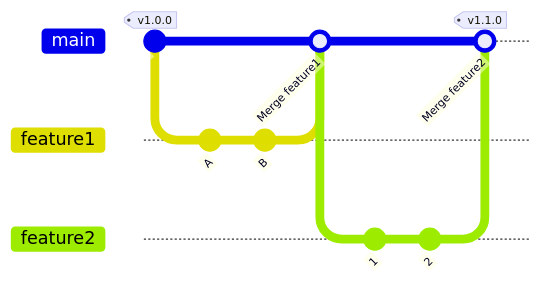
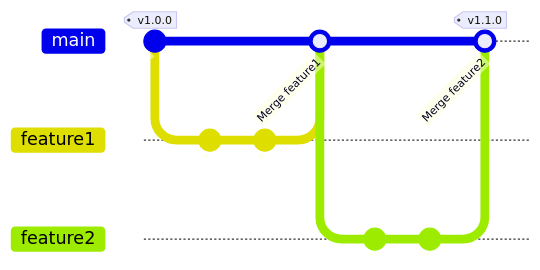
The second of 5 diagrams in README.md (louisrubet/simplest-git-branching-model), drawn with Mermaid before and after one commit. The commit also changed other lines of this file, not shown here.

````diff
--- a/README.md
+++ b/README.md
@@ -51,14 +51,14 @@
 ```mermaid
 gitGraph
    commit id: " " tag: "v1.0.0"
    branch feature1
-   commit id: "A"
-   commit id: "B"
+   commit id: "  "
+   commit id: "   "
    checkout main
    merge feature1 id:"Merge feature1"
    branch feature2
-   commit id: "1"
-   commit id: "2"
+   commit id: "    "
+   commit id: "     "
    checkout main
    merge feature2 id:"Merge feature2" tag: "v1.1.0" 
 ```
````
